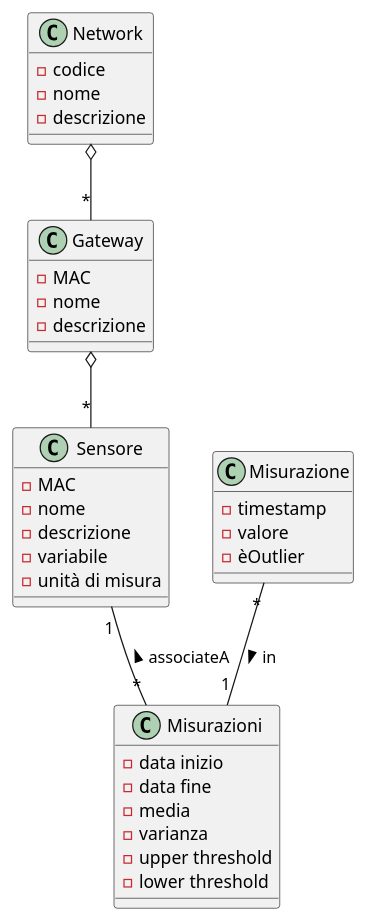
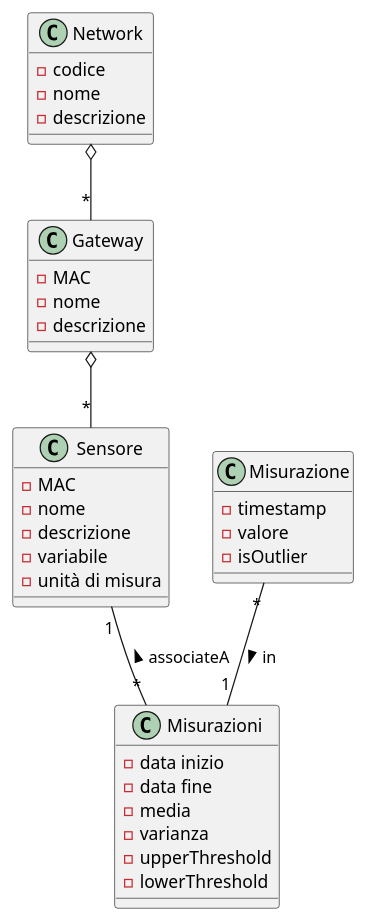
The diagram in doc/Requirements.md (luigiaceto/geocontrol), drawn with PlantUML before and after one commit. The commit also changed other lines of this file, not shown here.

````diff
--- a/doc/Requirements.md
+++ b/doc/Requirements.md
@@ -230,43 +233,43 @@
 ``` plantuml
 
 class Network {
   - codice
   - nome
   - descrizione
 }
 
 class Gateway {
  - MAC
  - nome
  - descrizione
 }
 
 class Sensore {
  - MAC
  - nome
  - descrizione
  - variabile
  - unità di misura
 }
 
 class Misurazioni {
   - data inizio
   - data fine
   - media
   - varianza
-  - upper threshold
-  - lower threshold
+  - upperThreshold
+  - lowerThreshold
 }
 
 class Misurazione {
  - timestamp
  - valore
- - èOutlier
+ - isOutlier
 }
 
 Network o-- "*" Gateway
 Gateway o-- "*" Sensore
 Sensore "1" -- "*" Misurazioni : associateA <
 Misurazione "*" -- "1" Misurazioni : in >
 
 ```
````
